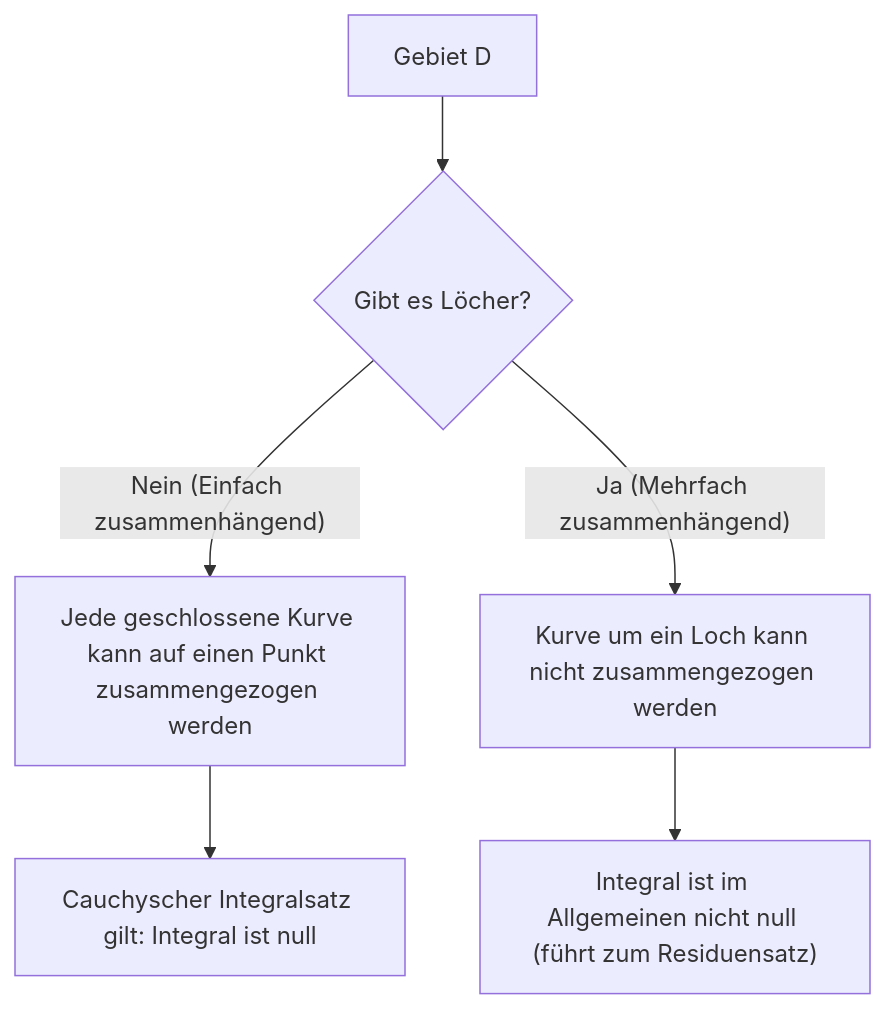
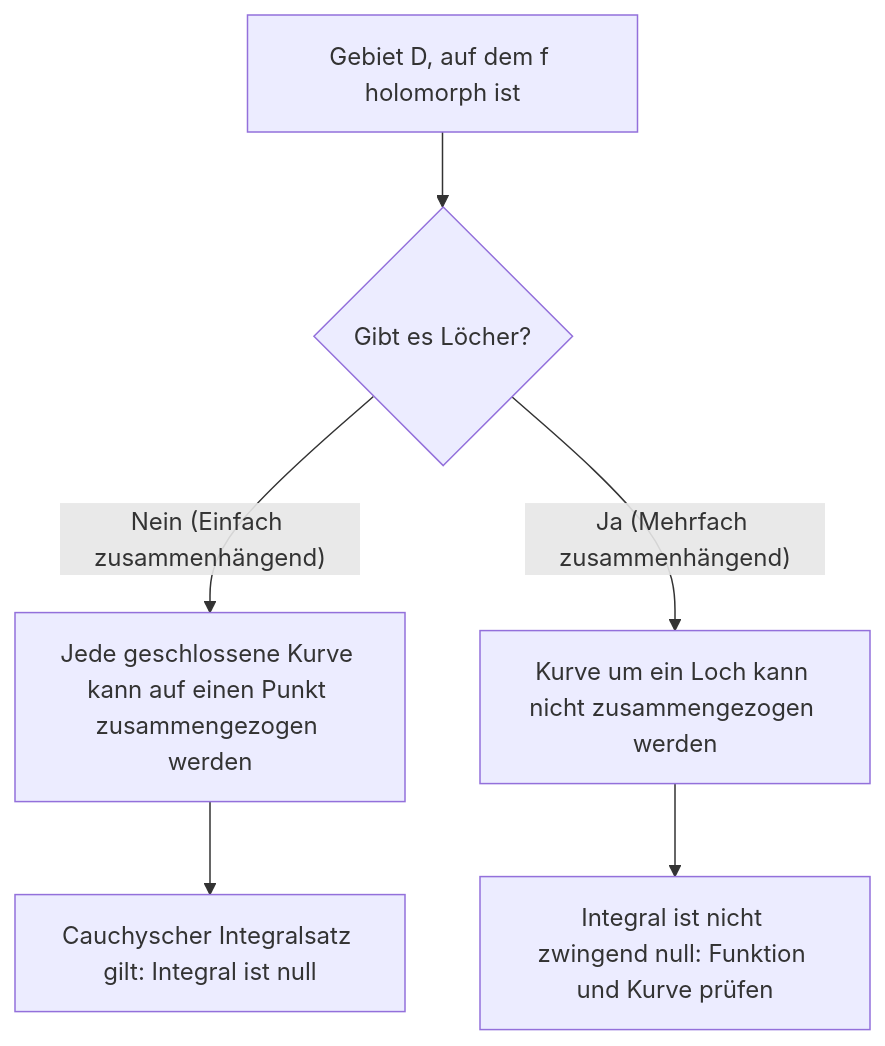
Before and after one commit to kenjinote/blog: the diagram in content/post/cauchys-integral-theorem/index.de.md, drawn with Mermaid. The commit also changed other lines of this file and 8 other files, not shown here.

````diff
--- a/content/post/cauchys-integral-theorem/index.de.md
+++ b/content/post/cauchys-integral-theorem/index.de.md
@@ -95,8 +95,8 @@
 ```mermaid
 flowchart TD
-    A["Gebiet D"] --> B{"Gibt es Löcher?"}
+    A["Gebiet D, auf dem f holomorph ist"] --> B{"Gibt es Löcher?"}
     B -->|"Nein (Einfach zusammenhängend)"| C["Jede geschlossene Kurve kann auf einen Punkt zusammengezogen werden"]
     C --> D["Cauchyscher Integralsatz gilt: Integral ist null"]
     B -->|"Ja (Mehrfach zusammenhängend)"| E["Kurve um ein Loch kann nicht zusammengezogen werden"]
-    E --> F["Integral ist im Allgemeinen nicht null (führt zum Residuensatz)"]
+    E --> F["Integral ist nicht zwingend null: Funktion und Kurve prüfen"]
 ```
````
